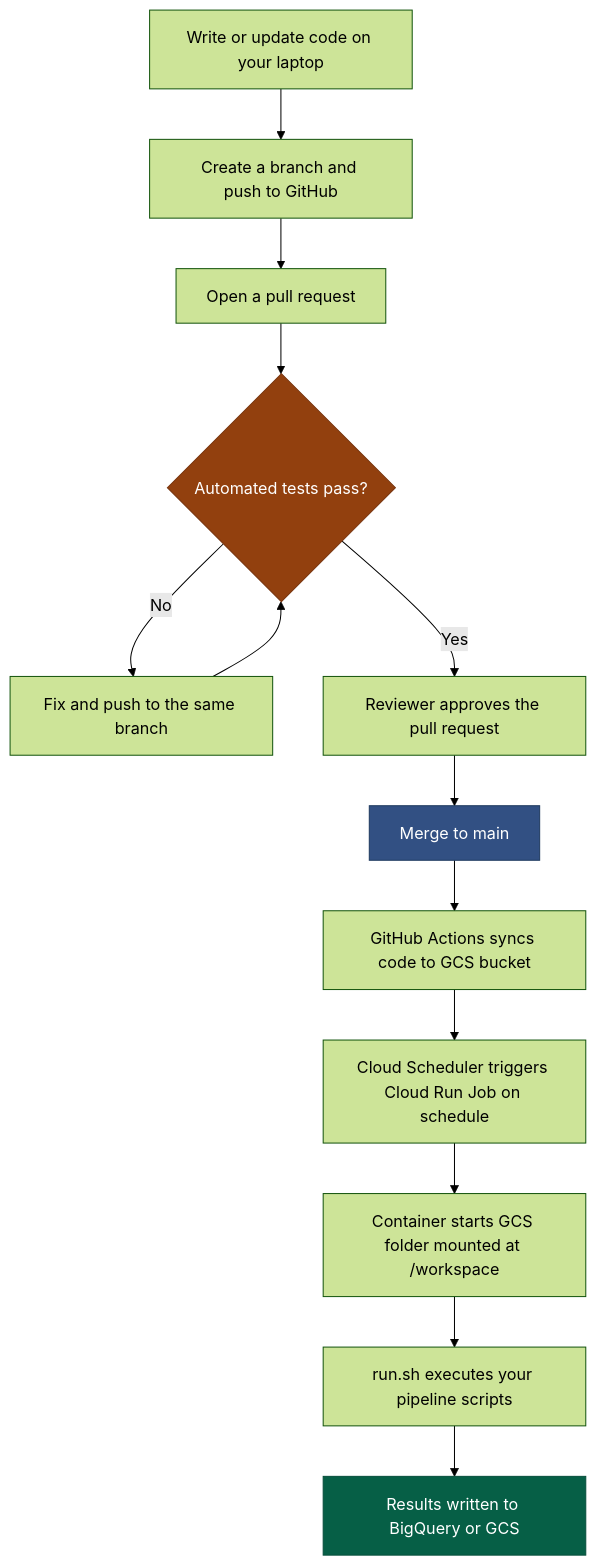
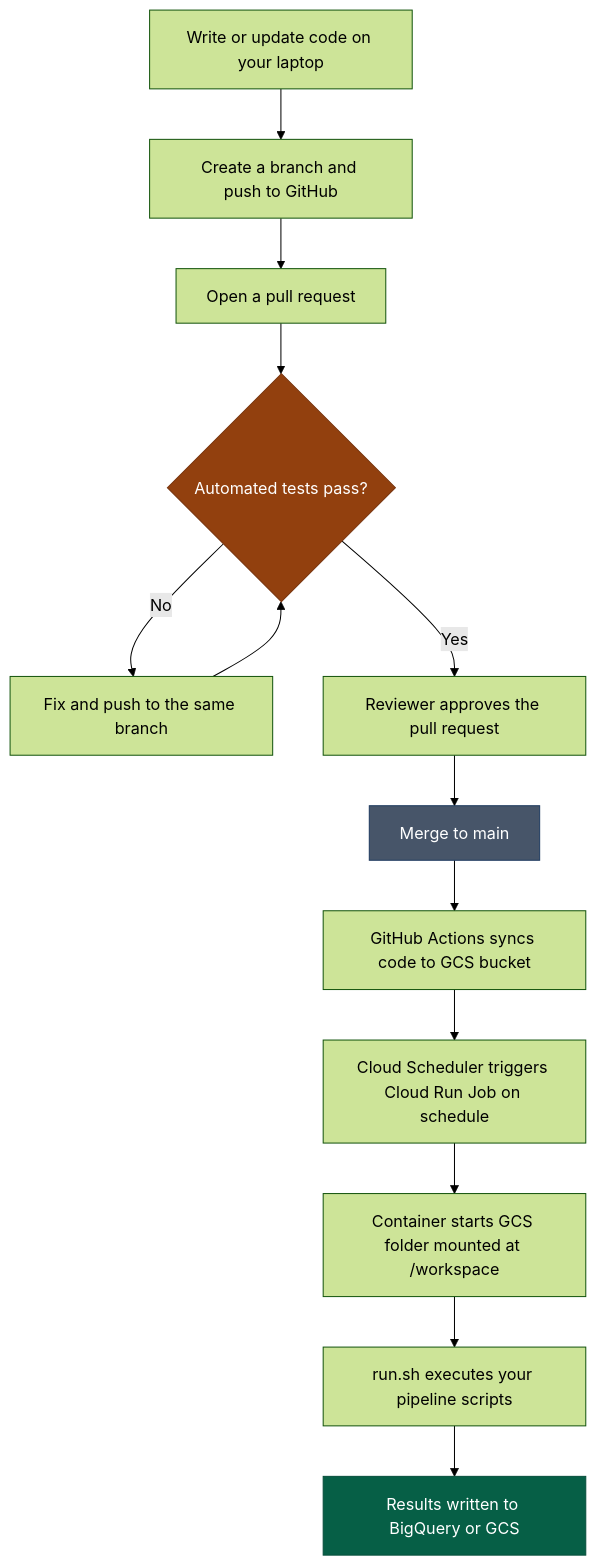
Before and after one commit to Ch3w3y/docker_gcp: the first of 3 diagrams in docs/architecture.md, drawn with Mermaid (forest theme). The commit also changed other lines of this file and 12 other files, not shown here.

````diff
--- a/docs/architecture.md
+++ b/docs/architecture.md
@@ -269,18 +269,18 @@
 ```mermaid
 flowchart TD
     A[Write or update code on your laptop] --> B[Create a branch and push to GitHub]
     B --> C[Open a pull request]
     C --> D{Automated tests pass?}
     D -- No --> E[Fix and push to the same branch]
     E --> D
     D -- Yes --> F[Reviewer approves the pull request]
     F --> G[Merge to main]
     G --> H[GitHub Actions syncs code to GCS bucket]
     H --> I[Cloud Scheduler triggers Cloud Run Job on schedule]
     I --> J[Container starts GCS folder mounted at /workspace]
     J --> K[run.sh executes your pipeline scripts]
     K --> L[Results written to BigQuery or GCS]
     style D fill:#92400e,stroke:#78350f,color:#ffffff
-    style G fill:#325083,stroke:#1e3a5f,color:#ffffff
+    style G fill:#475569,stroke:#1e3a5f,color:#ffffff
     style L fill:#065f46,stroke:#064e3b,color:#ffffff
 ```
````
